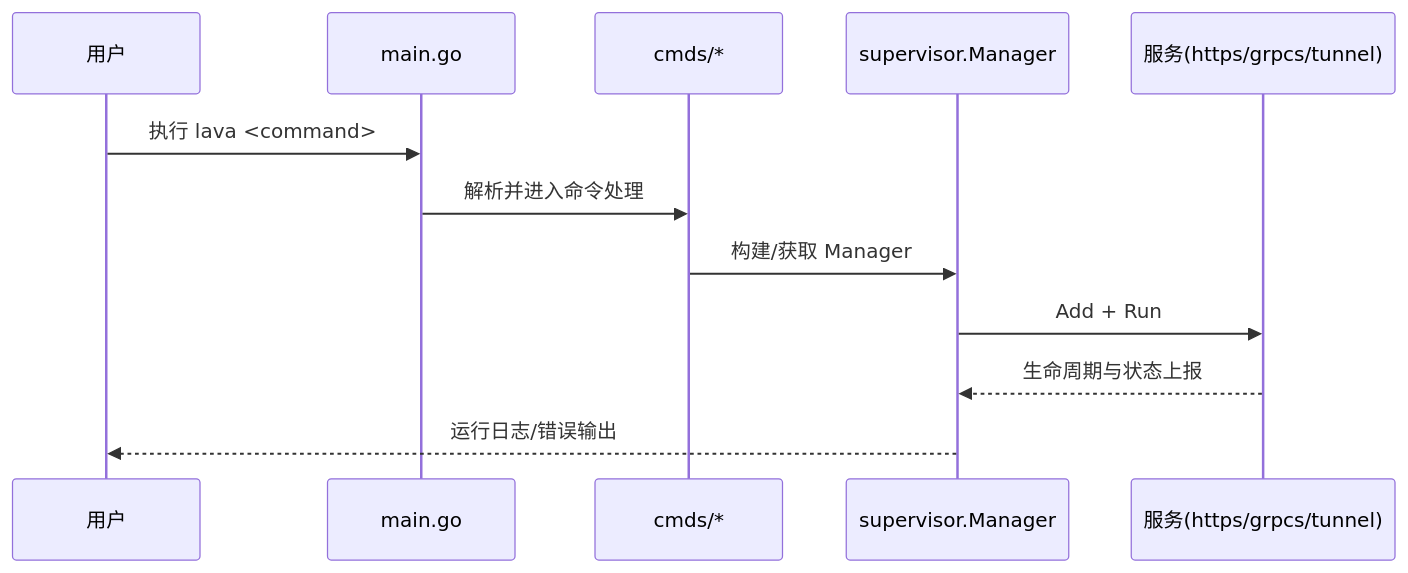
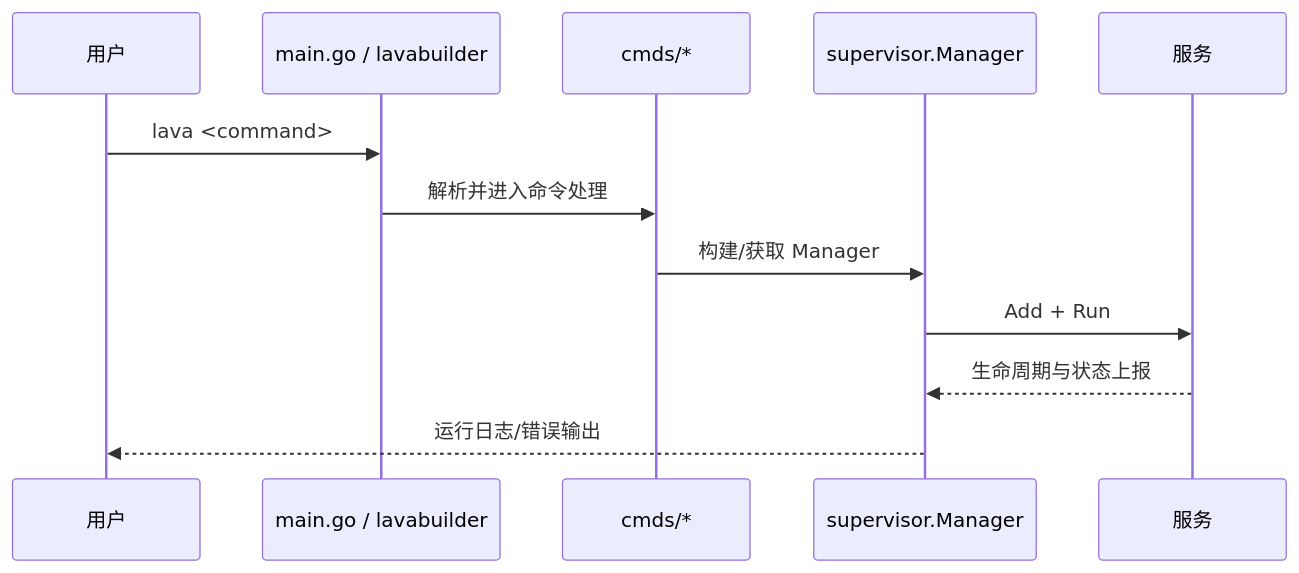
Before and after one commit to pubgo/lava: the third of 8 diagrams in docs/architecture-v2.md, drawn with Mermaid. The commit also changed other lines of this file and 10 other files, not shown here.

First line of the commit message:
Update architecture and documentation to reflect gatewayserver changes

````diff
--- a/docs/architecture-v2.md
+++ b/docs/architecture-v2.md
@@ -79,15 +190,15 @@
 ```mermaid
 sequenceDiagram
     participant User as 用户
-    participant Main as main.go
+    participant Main as main.go / lavabuilder
     participant Cmd as cmds/*
     participant Sup as supervisor.Manager
-    participant Svc as 服务(https/grpcs/tunnel)
+    participant Svc as 服务
 
-    User->>Main: 执行 lava <command>
+    User->>Main: lava <command>
     Main->>Cmd: 解析并进入命令处理
     Cmd->>Sup: 构建/获取 Manager
     Sup->>Svc: Add + Run
     Svc-->>Sup: 生命周期与状态上报
     Sup-->>User: 运行日志/错误输出
 ```
````
